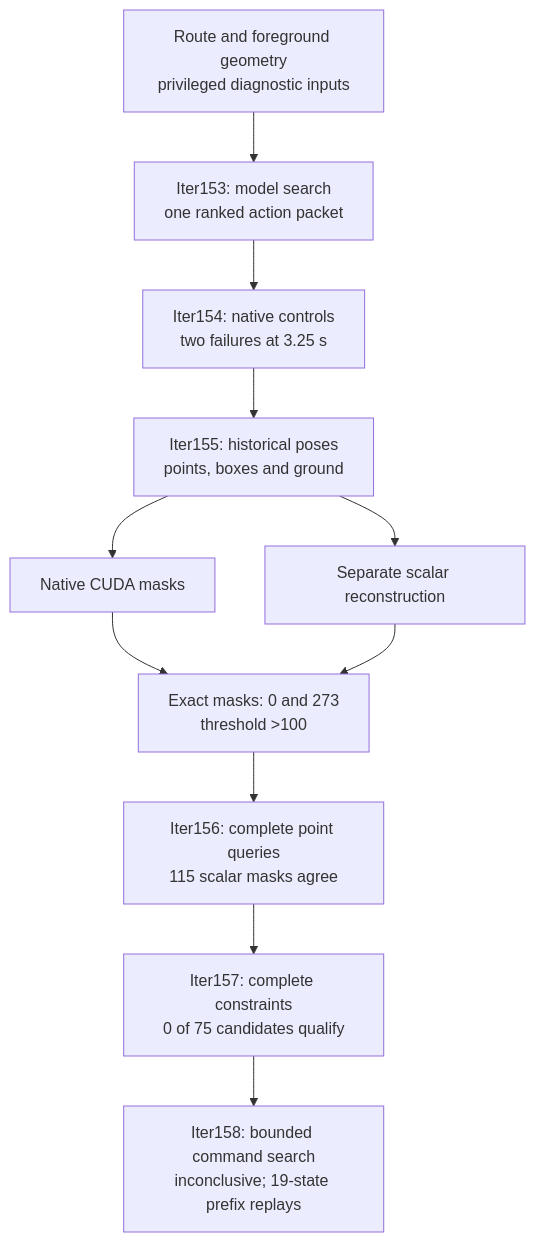
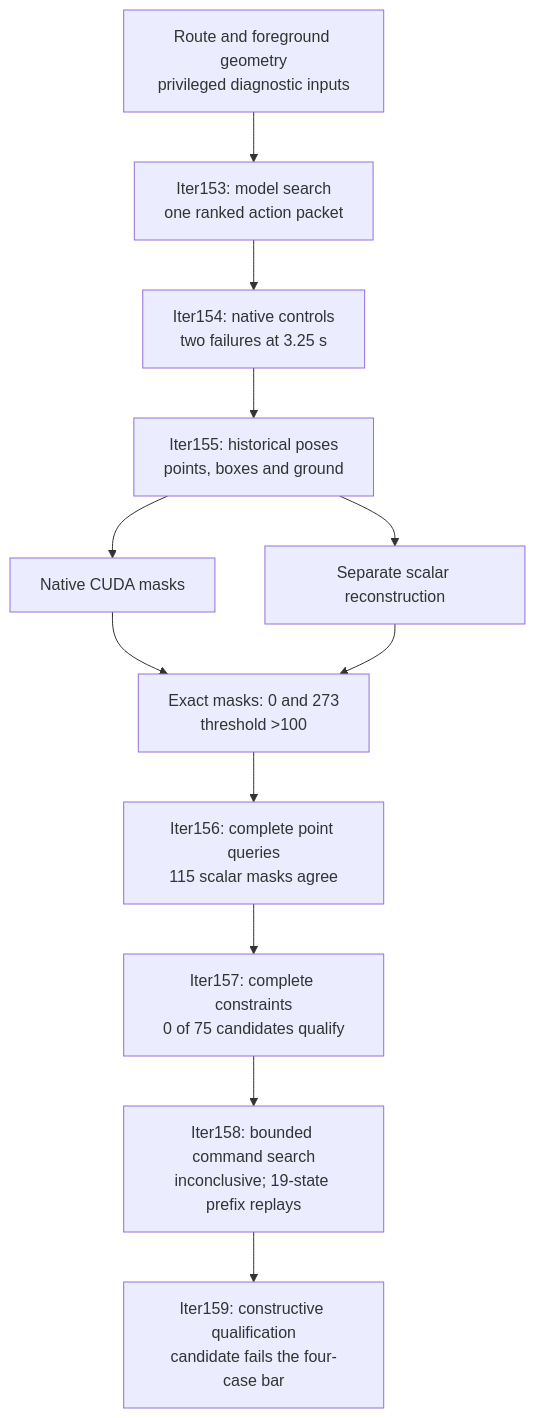
Before and after one commit to manfromnowhere143/sentinel: the fourth of 4 diagrams in docs/ARCHITECTURE.md, drawn with Mermaid. The commit also changed other lines of this file and 33 other files, not shown here.

````diff
--- a/docs/ARCHITECTURE.md
+++ b/docs/ARCHITECTURE.md
@@ -209,15 +209,16 @@
 ```mermaid
 flowchart TB
   accTitle: The diagnostic model, native test and background witness
   accDescr: A privileged model candidate fails in the native scene. A separate source-point extraction reproduces the collision predicate without a new driving episode.
   G["Route and foreground geometry<br/>privileged diagnostic inputs"] --> M["Iter153: model search<br/>one ranked action packet"]
   M --> N["Iter154: native controls<br/>two failures at 3.25 s"]
   N --> X["Iter155: historical poses<br/>points, boxes and ground"]
   X --> C["Native CUDA masks"]
   X --> S["Separate scalar reconstruction"]
   C --> E["Exact masks: 0 and 273<br/>threshold >100"]
   S --> E
   E --> F["Iter156: complete point queries<br/>115 scalar masks agree"]
   F --> L["Iter157: complete constraints<br/>0 of 75 candidates qualify"]
   L --> A["Iter158: bounded command search<br/>inconclusive; 19-state prefix replays"]
+  A --> Q["Iter159: constructive qualification<br/>candidate fails the four-case bar"]
 ```
````
